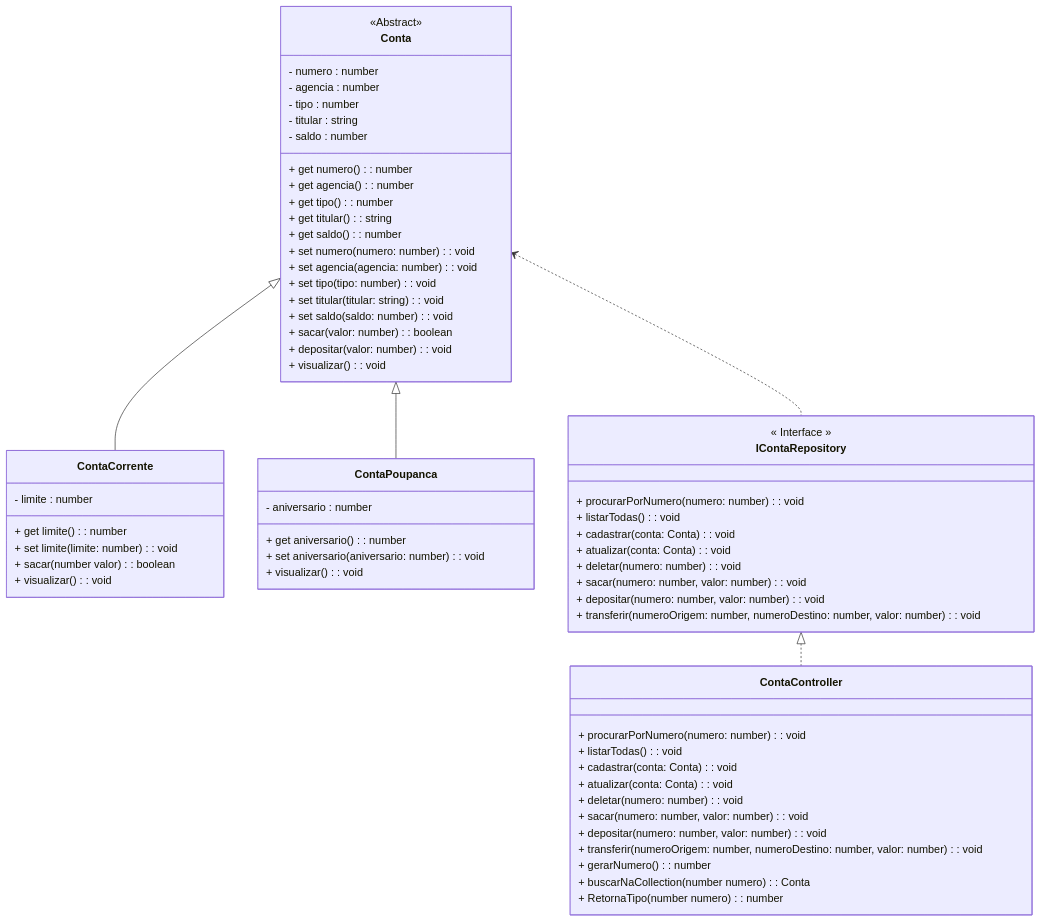
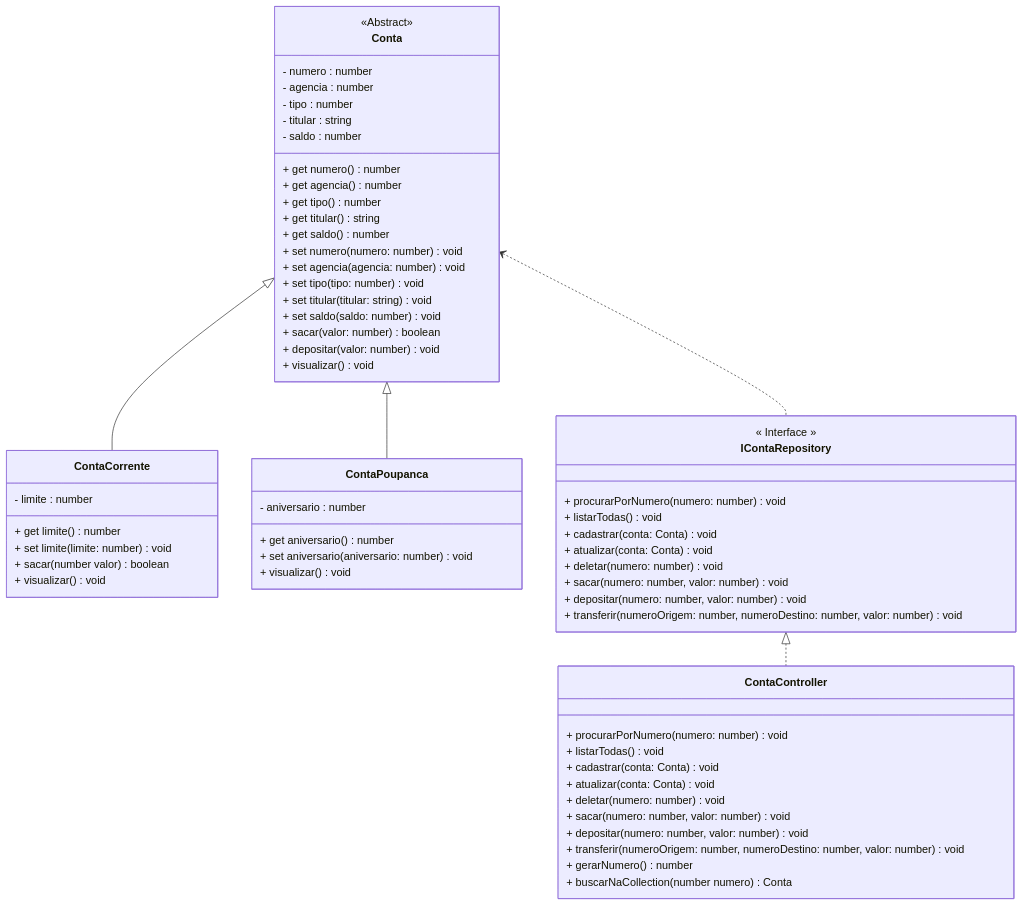
Before and after one commit to conteudoGeneration/cookbook_javascript: the diagram in 01_javascript/pr01.md, drawn with Mermaid. The commit also changed other lines of this file and 16 other files, not shown here.

````diff
--- a/01_javascript/pr01.md
+++ b/01_javascript/pr01.md
@@ -11,65 +11,64 @@
 ```mermaid
 classDiagram
 class Conta {
 <<Abstract>>
   - numero : number
   - agencia : number
   - tipo : number
   - titular : string
   - saldo : number
-  + get numero(): number
-  + get agencia(): number
-  + get tipo(): number
-  + get titular(): string
-  + get saldo(): number
-  + set numero(numero: number): void
-  + set agencia(agencia: number): void
-  + set tipo(tipo: number): void
-  + set titular(titular: string): void
-  + set saldo(saldo: number): void
-  + sacar(valor: number): boolean
-  + depositar(valor: number): void
-  + visualizar(): void
+  + get numero() number
+  + get agencia() number
+  + get tipo() number
+  + get titular() string
+  + get saldo() number
+  + set numero(numero: number) void
+  + set agencia(agencia: number) void
+  + set tipo(tipo: number) void
+  + set titular(titular: string) void
+  + set saldo(saldo: number) void
+  + sacar(valor: number) boolean
+  + depositar(valor: number) void
+  + visualizar() void
 }
 class ContaCorrente {
   - limite : number
-  + get limite(): number
-  + set limite(limite: number): void
-  + sacar(number valor): boolean
-  + visualizar(): void
+  + get limite() number
+  + set limite(limite: number) void
+  + sacar(number valor) boolean
+  + visualizar() void
 }
 class ContaPoupanca {
   - aniversario : number
-  + get aniversario(): number
-  + set aniversario(aniversario: number): void
-  + visualizar(): void
+  + get aniversario() number
+  + set aniversario(aniversario: number) void
+  + visualizar() void
 }
 class IContaRepository{
 << Interface >>
-+ procurarPorNumero(numero: number): void
-+ listarTodas(): void
-+ cadastrar(conta: Conta): void
-+ atualizar(conta: Conta): void
-+ deletar(numero: number): void
-+ sacar(numero: number, valor: number): void
-+ depositar(numero: number, valor: number): void
-+ transferir(numeroOrigem: number, numeroDestino: number, valor: number): void
++ procurarPorNumero(numero: number) void
++ listarTodas() void
++ cadastrar(conta: Conta) void
++ atualizar(conta: Conta) void
++ deletar(numero: number) void
++ sacar(numero: number, valor: number) void
++ depositar(numero: number, valor: number) void
++ transferir(numeroOrigem: number, numeroDestino: number, valor: number) void
 }
 class ContaController{
-+ procurarPorNumero(numero: number): void
-+ listarTodas(): void
-+ cadastrar(conta: Conta): void
-+ atualizar(conta: Conta): void
-+ deletar(numero: number): void
-+ sacar(numero: number, valor: number): void
-+ depositar(numero: number, valor: number): void
-+ transferir(numeroOrigem: number, numeroDestino: number, valor: number): void
-+ gerarNumero(): number
-+ buscarNaCollection(number numero): Conta
-+ RetornaTipo(number numero): number
++ procurarPorNumero(numero: number) void
++ listarTodas() void
++ cadastrar(conta: Conta) void
++ atualizar(conta: Conta) void
++ deletar(numero: number) void
++ sacar(numero: number, valor: number) void
++ depositar(numero: number, valor: number) void
++ transferir(numeroOrigem: number, numeroDestino: number, valor: number) void
++ gerarNumero() number
++ buscarNaCollection(number numero) Conta
 }
 Conta <|-- ContaCorrente
 Conta <|-- ContaPoupanca
 Conta <.. IContaRepository
 IContaRepository <|.. ContaController
 ```
````
